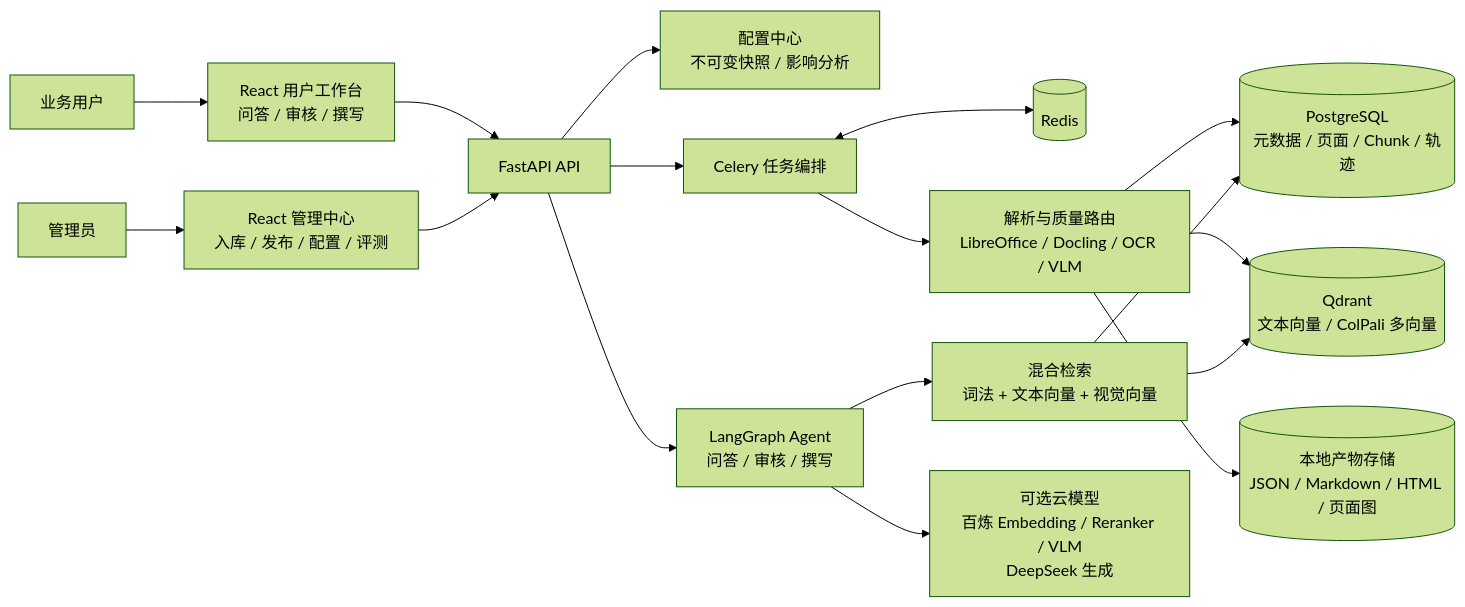
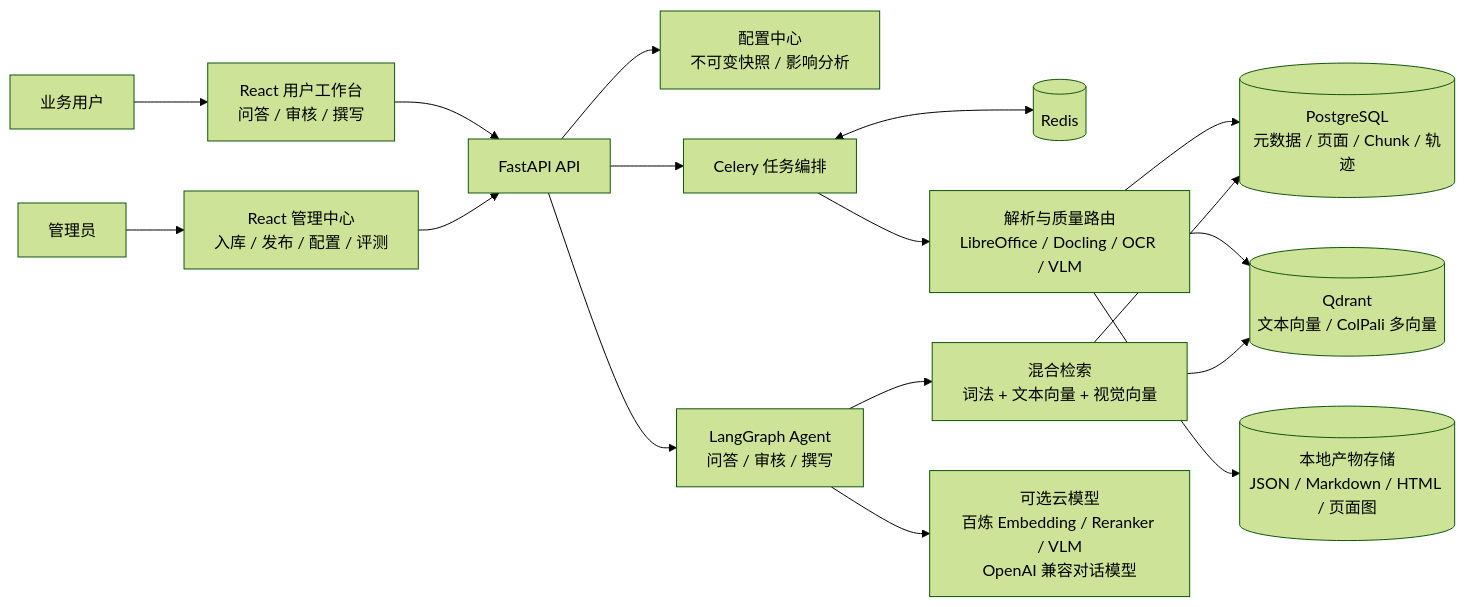
The diagram in README.md (IceWindy233/DocFlowAI), drawn with Mermaid (forest theme) before and after one commit. The commit also changed other lines of this file and 29 other files, not shown here.

```diff
--- a/README.md
+++ b/README.md
@@ -29,22 +29,22 @@
 ~~~mermaid
 flowchart LR
     U["业务用户"] --> PORTAL["React 用户工作台<br/>问答 / 审核 / 撰写"]
     A["管理员"] --> ADMIN["React 管理中心<br/>入库 / 发布 / 配置 / 评测"]
     PORTAL --> API["FastAPI API"]
     ADMIN --> API
 
     API --> CFG["配置中心<br/>不可变快照 / 影响分析"]
     API --> WF["LangGraph Agent<br/>问答 / 审核 / 撰写"]
     API --> TASK["Celery 任务编排"]
     TASK <--> REDIS[("Redis")]
 
     TASK --> PARSE["解析与质量路由<br/>LibreOffice / Docling / OCR / VLM"]
     PARSE --> ART[("本地产物存储<br/>JSON / Markdown / HTML / 页面图")]
     PARSE --> PG[("PostgreSQL<br/>元数据 / 页面 / Chunk / 轨迹")]
     PARSE --> QD[("Qdrant<br/>文本向量 / ColPali 多向量")]
 
     WF --> RET["混合检索<br/>词法 + 文本向量 + 视觉向量"]
     RET --> PG
     RET --> QD
-    WF --> CLOUD["可选云模型<br/>百炼 Embedding / Reranker / VLM<br/>DeepSeek 生成"]
+    WF --> CLOUD["可选云模型<br/>百炼 Embedding / Reranker / VLM<br/>OpenAI 兼容对话模型"]
 ~~~
```
